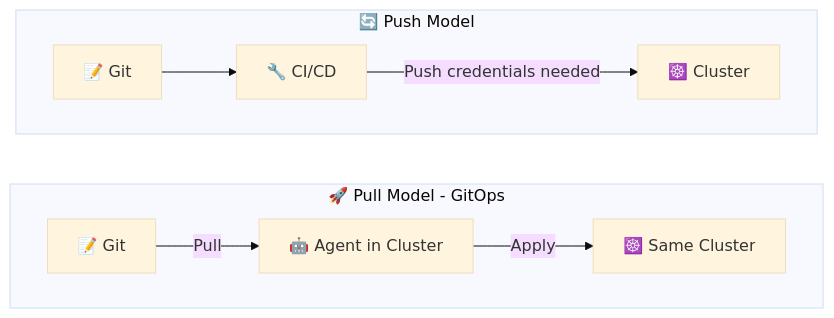
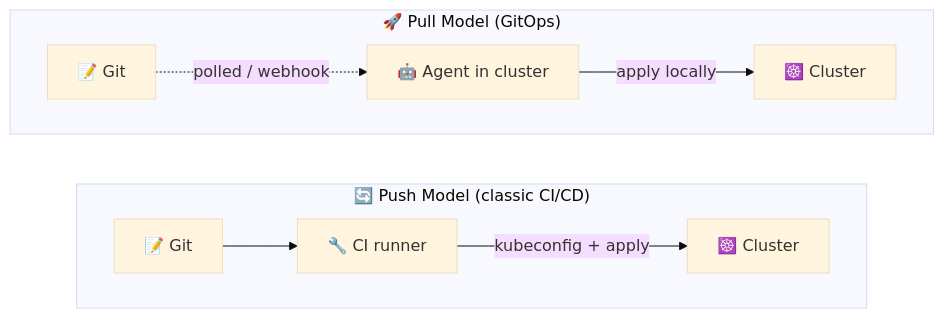
One commit to inno-devops-labs/DevOps-Core-Course changed the second of 8 diagrams in lectures/lec13.md. Above: the diagram before and after it, drawn with Mermaid (base theme). The commit also changed other lines of this file and 24 other files, not shown here.

````diff
--- a/lectures/lec13.md
+++ b/lectures/lec13.md
@@ -231,14 +63,13 @@
 ```mermaid
 flowchart LR
-  subgraph "🚀 Pull Model - GitOps"
+  subgraph Push["🔄 Push Model (classic CI/CD)"]
     direction LR
-    D[📝 Git] --> |Pull| E[🤖 Agent in Cluster]
-    E --> |Apply| F[☸️ Same Cluster]
+    G1[📝 Git] --> CI1[🔧 CI runner]
+    CI1 -->|kubeconfig + apply| K1[☸️ Cluster]
   end
-
-  subgraph "🔄 Push Model"
+  subgraph Pull["🚀 Pull Model (GitOps)"]
     direction LR
-    A[📝 Git] --> B[🔧 CI/CD]
-    B --> |Push credentials needed| C[☸️ Cluster]
+    G2[📝 Git] -.->|polled / webhook| A2[🤖 Agent in cluster]
+    A2 -->|apply locally| K2[☸️ Cluster]
   end
 ```
````
